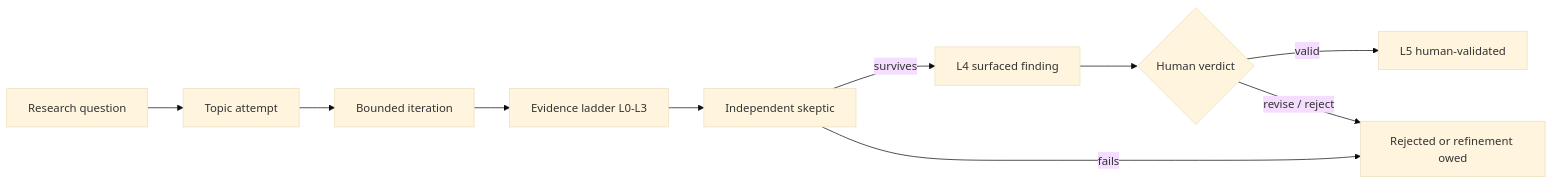
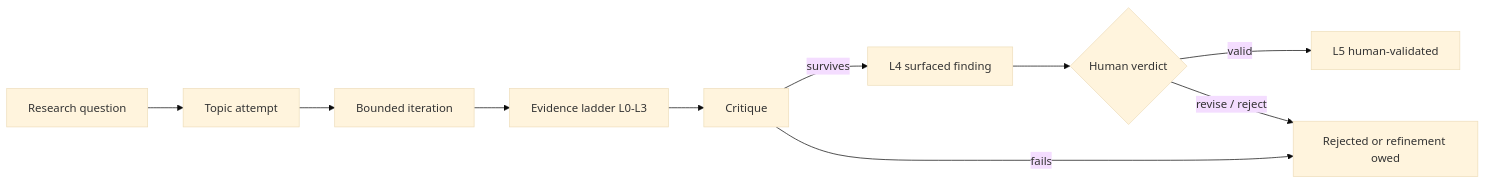
The diagram in README.md (decross1/a_bgt_rsi), drawn with Mermaid (base theme) before and after one commit. The commit also changed other lines of this file and 51 other files, not shown here.

````diff
--- a/README.md
+++ b/README.md
@@ -39,12 +41,12 @@
 ```mermaid
 flowchart LR
     Q[Research question] --> T[Topic attempt]
     T --> I[Bounded iteration]
     I --> E[Evidence ladder L0-L3]
-    E --> S[Independent skeptic]
+    E --> S[Critique]
     S -->|survives| L4[L4 surfaced finding]
     S -->|fails| K[Rejected or refinement owed]
     L4 --> H{Human verdict}
     H -->|valid| L5[L5 human-validated]
     H -->|revise / reject| K
 ```
````
